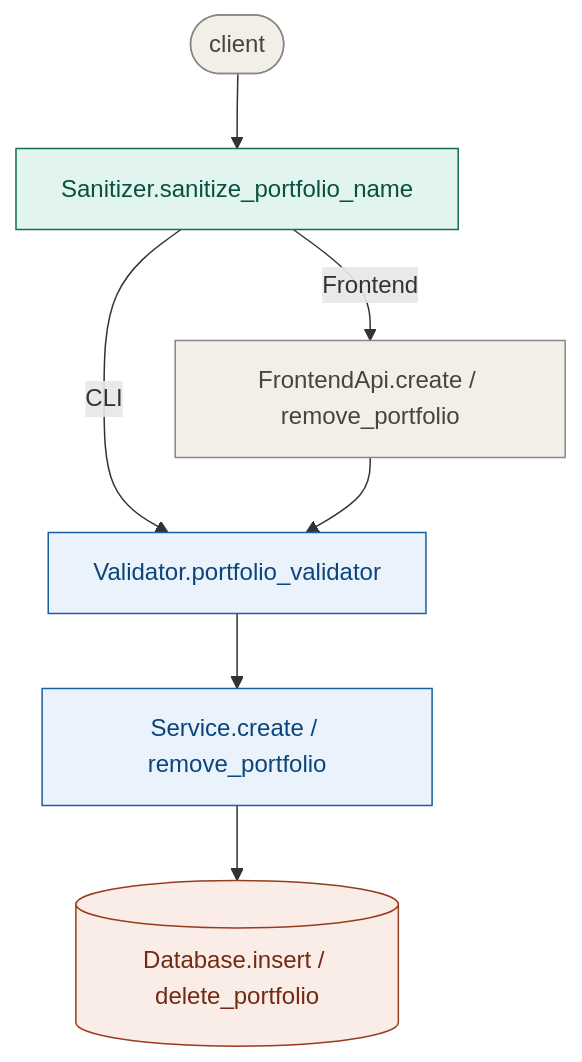
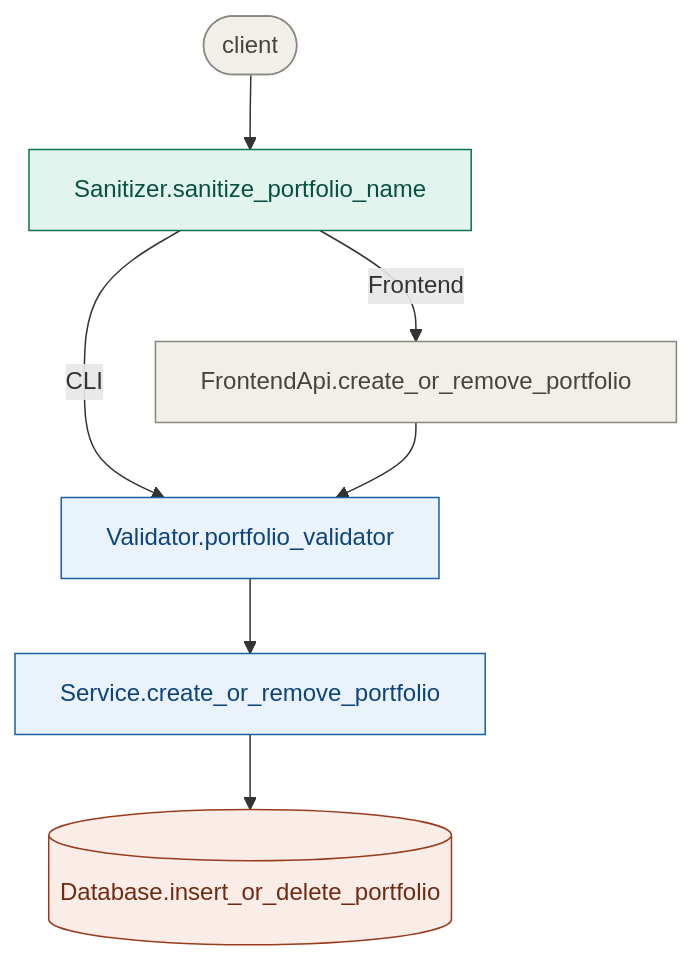
One commit to Aditi1900/investment-app changed the fifth of 6 diagrams in README.md. Above: the diagram before and after it, drawn with Mermaid. The commit also changed other lines of this file, not shown here.

````diff
--- a/README.md
+++ b/README.md
@@ -107,17 +107,17 @@
 ```mermaid
 flowchart TD
     A([client])
     A --> B[Sanitizer.sanitize_portfolio_name]
     B -->|CLI| D[Validator.portfolio_validator]
-    B -->|Frontend| C[FrontendApi.create / remove_portfolio]
+    B -->|Frontend| C[FrontendApi.create_or_remove_portfolio]
     C --> D
-    D --> E[Service.create / remove_portfolio]
-    E --> F[(Database.insert / delete_portfolio)]
+    D --> E[Service.create_or_remove_portfolio]
+    E --> F[(Database.insert_or_delete_portfolio)]
 
     style A fill:#F1EFE8,stroke:#888780,color:#444441
     style B fill:#E1F5EE,stroke:#0F6E56,color:#085041
     style C fill:#F1EFE8,stroke:#888780,color:#444441
     style D fill:#EAF2FB,stroke:#185FA5,color:#0C447C
     style E fill:#EAF2FB,stroke:#185FA5,color:#0C447C
     style F fill:#FAECE7,stroke:#993C1D,color:#712B13
 ```
````
